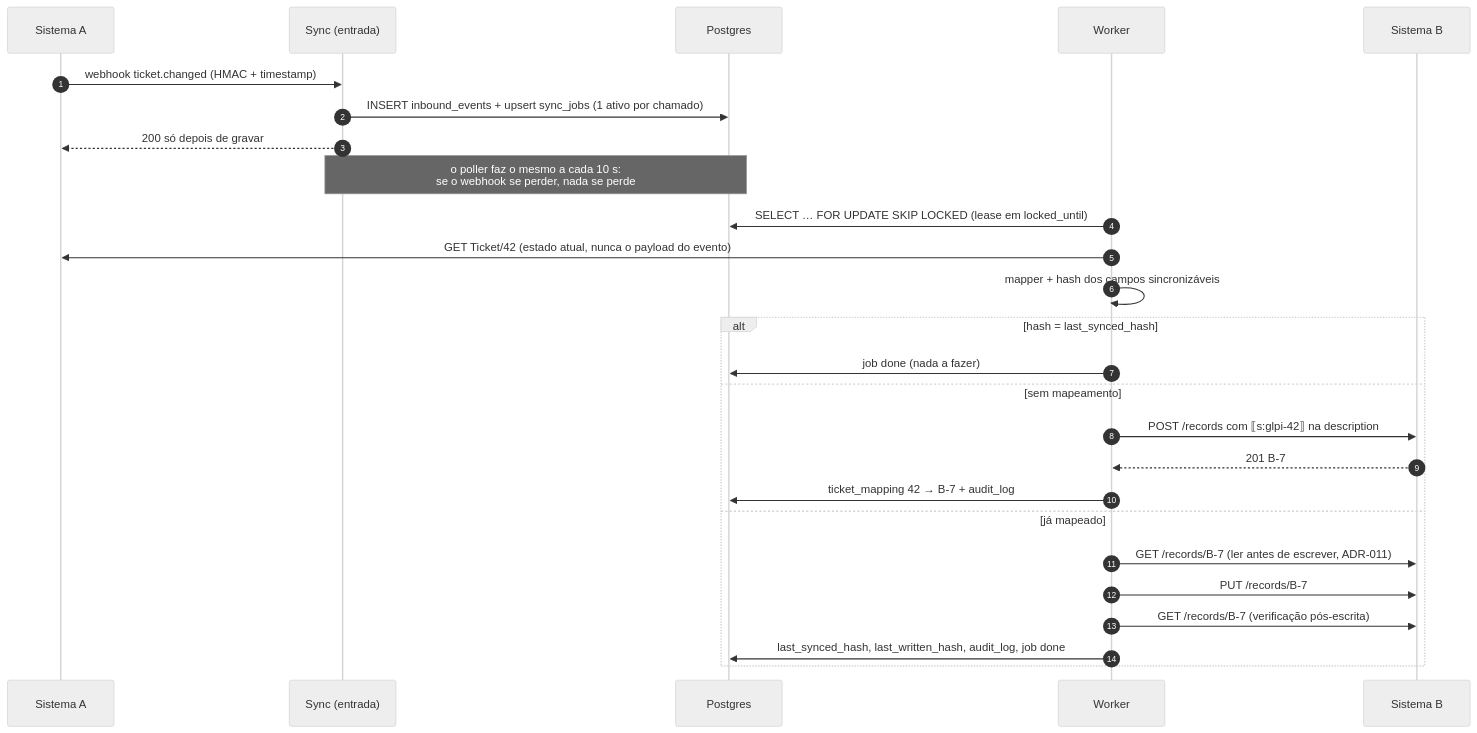
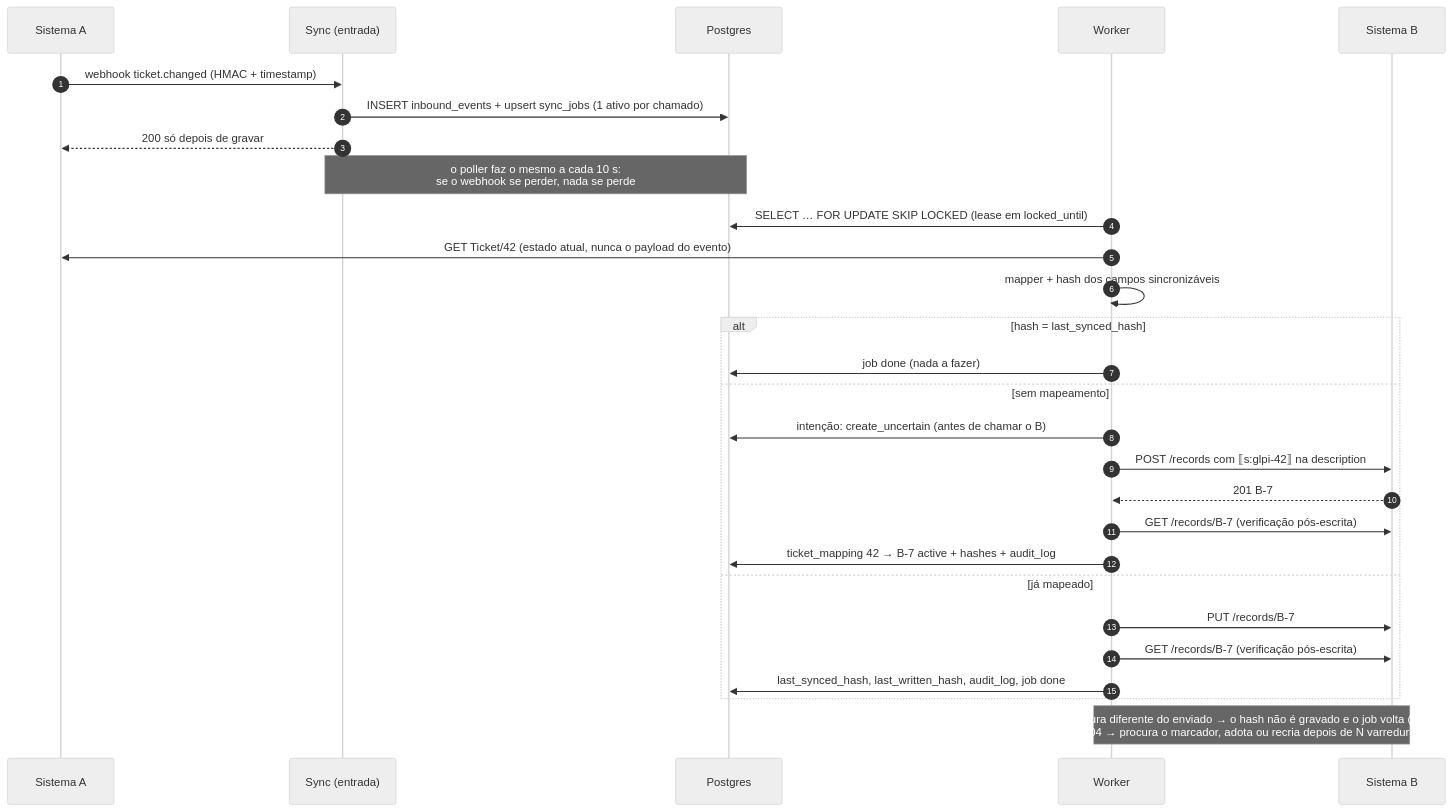
The third of 8 diagrams in docs/architecture.md (BossBurgues/desafiotecCyberCorp), drawn with Mermaid (neutral theme) before and after one commit. The commit also changed other lines of this file, not shown here.

First line of the commit message:
docs: architecture com o escopo entregue (um ambiente, sem auditor, B → A como desenho)

````diff
--- a/docs/architecture.md
+++ b/docs/architecture.md
@@ -90,30 +85,32 @@
 ```mermaid
 sequenceDiagram
   autonumber
   participant A as Sistema A
   participant S as Sync (entrada)
   participant DB as Postgres
   participant W as Worker
   participant B as Sistema B
 
   A->>S: webhook ticket.changed (HMAC + timestamp)
   S->>DB: INSERT inbound_events + upsert sync_jobs (1 ativo por chamado)
   S-->>A: 200 só depois de gravar
   Note over S,DB: o poller faz o mesmo a cada 10 s:<br/>se o webhook se perder, nada se perde
 
   W->>DB: SELECT … FOR UPDATE SKIP LOCKED (lease em locked_until)
   W->>A: GET Ticket/42 (estado atual, nunca o payload do evento)
   W->>W: mapper + hash dos campos sincronizáveis
   alt hash = last_synced_hash
     W->>DB: job done (nada a fazer)
   else sem mapeamento
+    W->>DB: intenção: create_uncertain (antes de chamar o B)
     W->>B: POST /records com ⟦s:glpi-42⟧ na description
     B-->>W: 201 B-7
-    W->>DB: ticket_mapping 42 → B-7 + audit_log
+    W->>B: GET /records/B-7 (verificação pós-escrita)
+    W->>DB: ticket_mapping 42 → B-7 active + hashes + audit_log
   else já mapeado
-    W->>B: GET /records/B-7 (ler antes de escrever, ADR-011)
     W->>B: PUT /records/B-7
     W->>B: GET /records/B-7 (verificação pós-escrita)
     W->>DB: last_synced_hash, last_written_hash, audit_log, job done
   end
+  Note over W,B: leitura diferente do enviado → o hash não é gravado e o job volta (B5)<br/>404 → procura o marcador, adota ou recria depois de N varreduras
 ```
````
